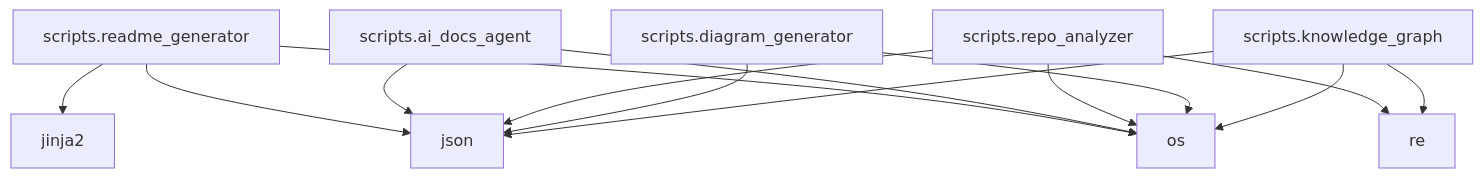
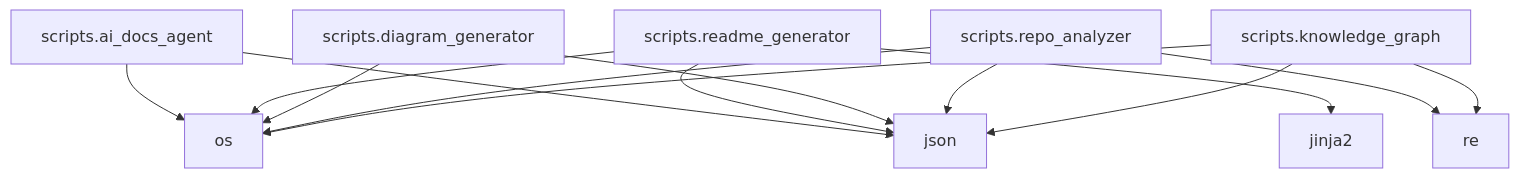
Before and after one commit to NITISH-R-G/FACE-EMOTION-DETECTION: the diagram in README.md, drawn with Mermaid. The commit also changed other lines of this file and 3 other files, not shown here.

Commit message:
docs: auto-update repository documentation and diagrams [skip ci]

````diff
--- a/README.md
+++ b/README.md
@@ -45,30 +45,30 @@
 ```mermaid
 graph TD;
+    scripts_ai_docs_agent["scripts.ai_docs_agent"];
+    click scripts_ai_docs_agent "scripts/ai_docs_agent.py" "View source";
+    os["os"];
+    json["json"];
     scripts_readme_generator["scripts.readme_generator"];
     click scripts_readme_generator "scripts/readme_generator.py" "View source";
-    json["json"];
-    os["os"];
     jinja2["jinja2"];
-    scripts_ai_docs_agent["scripts.ai_docs_agent"];
-    click scripts_ai_docs_agent "scripts/ai_docs_agent.py" "View source";
+    scripts_diagram_generator["scripts.diagram_generator"];
+    click scripts_diagram_generator "scripts/diagram_generator.py" "View source";
     scripts_repo_analyzer["scripts.repo_analyzer"];
     click scripts_repo_analyzer "scripts/repo_analyzer.py" "View source";
     re["re"];
-    scripts_diagram_generator["scripts.diagram_generator"];
-    click scripts_diagram_generator "scripts/diagram_generator.py" "View source";
     scripts_knowledge_graph["scripts.knowledge_graph"];
     click scripts_knowledge_graph "scripts/knowledge_graph.py" "View source";
+    scripts_ai_docs_agent --> os;
+    scripts_ai_docs_agent --> json;
     scripts_readme_generator --> json;
     scripts_readme_generator --> os;
     scripts_readme_generator --> jinja2;
-    scripts_ai_docs_agent --> os;
-    scripts_ai_docs_agent --> json;
+    scripts_diagram_generator --> json;
+    scripts_diagram_generator --> os;
     scripts_repo_analyzer --> os;
     scripts_repo_analyzer --> json;
     scripts_repo_analyzer --> re;
-    scripts_diagram_generator --> json;
-    scripts_diagram_generator --> os;
     scripts_knowledge_graph --> os;
     scripts_knowledge_graph --> json;
     scripts_knowledge_graph --> re;
 ```
````
